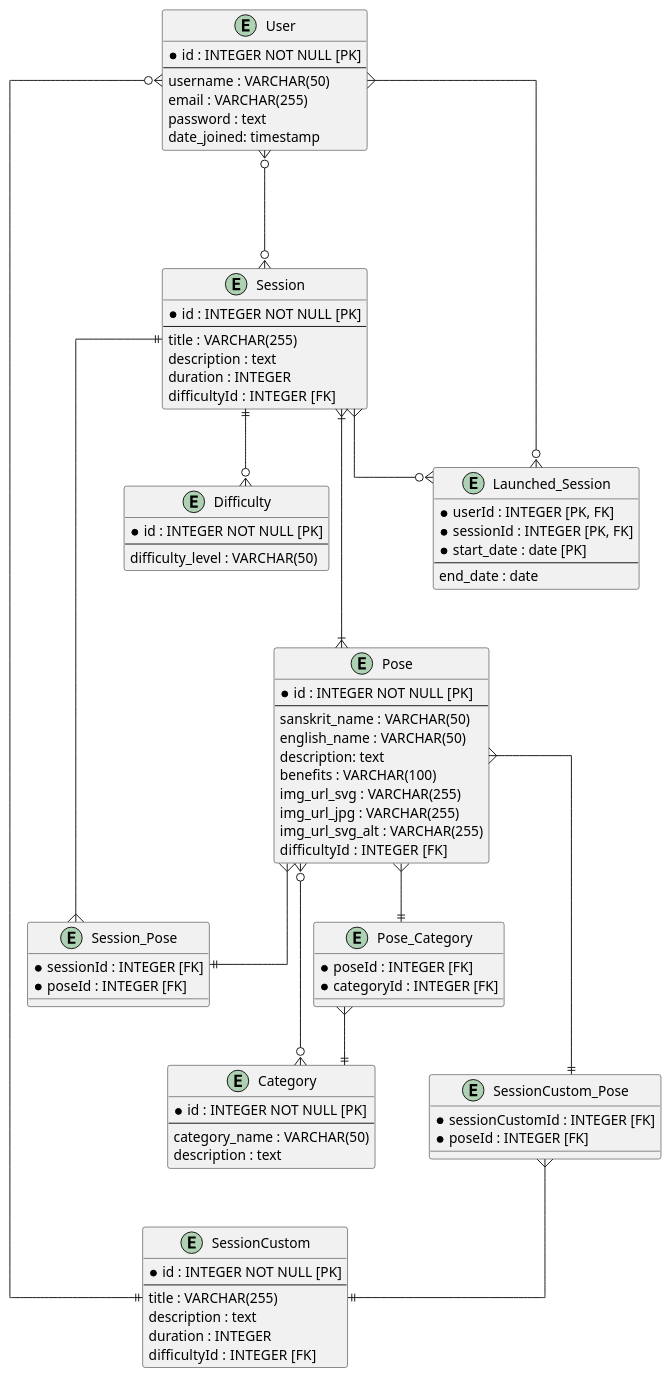
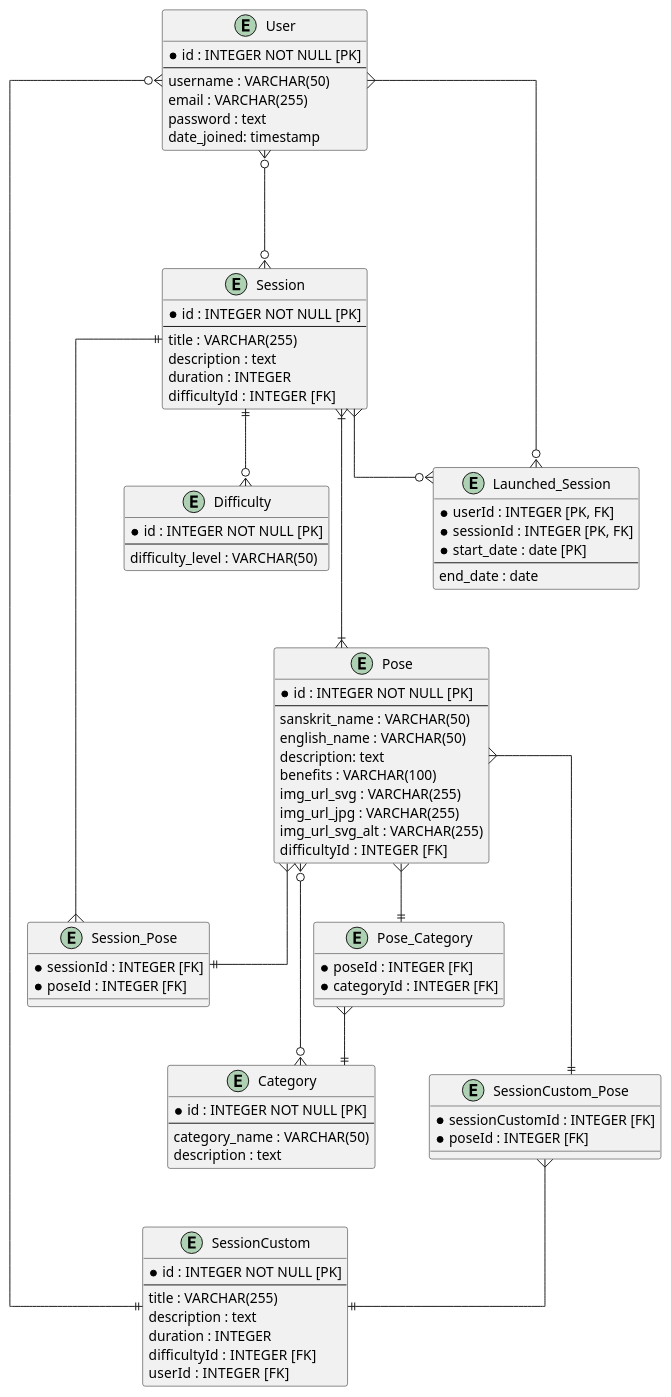
One commit to AnhVaccari/yoga changed the diagram in docs/planUml.pu. Above: the diagram before and after it, drawn with PlantUML. The commit also changed 1 other file, not shown here.

```diff
--- a/docs/planUml.pu
+++ b/docs/planUml.pu
@@ -1,102 +1,103 @@
 @startuml
 ' hide the spot
 ' hide circle
 
 ' avoid problems with angled crows feet
 skinparam linetype ortho
 
 entity "User" as user {
   *id : INTEGER NOT NULL [PK]
   --
   username : VARCHAR(50)
   email : VARCHAR(255)
   password : text
   date_joined: timestamp
 }
 
 entity "Pose" as pose {
   *id : INTEGER NOT NULL [PK]
   --
   sanskrit_name : VARCHAR(50)
   english_name : VARCHAR(50)
   description: text
   benefits : VARCHAR(100)
   img_url_svg : VARCHAR(255)
   img_url_jpg : VARCHAR(255)
   img_url_svg_alt : VARCHAR(255)
   difficultyId : INTEGER  [FK]
 }
 
 entity "Category" as category {
   *id : INTEGER NOT NULL [PK]
   --
   category_name : VARCHAR(50)
   description : text
 }
 
 entity "Difficulty" as difficulty {
   *id : INTEGER NOT NULL [PK]
   --
   difficulty_level : VARCHAR(50)
 }
 
 entity "Session" as session {
   *id : INTEGER NOT NULL [PK]
   --
   title : VARCHAR(255)
   description : text
   duration : INTEGER
   difficultyId : INTEGER  [FK]
 }
 
 entity "SessionCustom" as sessionCustom {
   *id : INTEGER NOT NULL [PK]
   --
   title : VARCHAR(255)
   description : text
   duration : INTEGER
   difficultyId : INTEGER  [FK]
+  userId : INTEGER  [FK]
 }
 
 entity "Launched_Session" as launched_session {
   *userId : INTEGER [PK, FK]
   *sessionId : INTEGER [PK, FK]
   *start_date : date [PK]
   --
   end_date : date
 }
 
 entity "Pose_Category" {
   *poseId : INTEGER [FK]
   *categoryId : INTEGER [FK]
 }
 
 entity "Session_Pose" {
   *sessionId : INTEGER [FK]
   *poseId : INTEGER [FK]
 }
 
 entity "SessionCustom_Pose" {
   *sessionCustomId : INTEGER [FK]
   *poseId : INTEGER [FK]
 }
 
 user }o---o{ session
 user }o--|| sessionCustom 
 session }|---|{ pose 
 session ||--o{ difficulty 
 pose }o--o{ category 
 
 user }--o{ launched_session 
 session }--o{ launched_session 
 
 pose }--|| Pose_Category 
 Pose_Category }--|| category
 
 pose }--|| Session_Pose  
 Session_Pose }--|| session
 
 pose }---|| SessionCustom_Pose 
 SessionCustom_Pose }--|| sessionCustom
 
 @enduml
```
